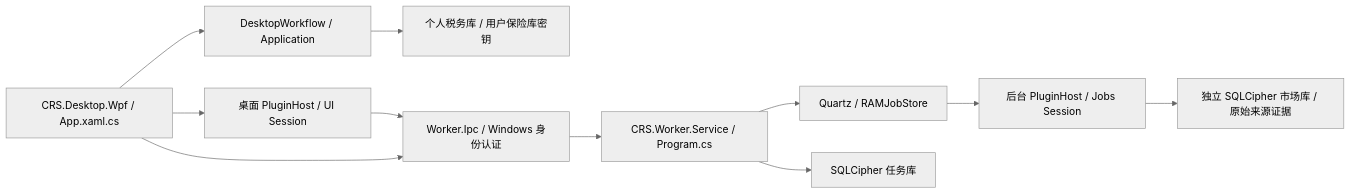
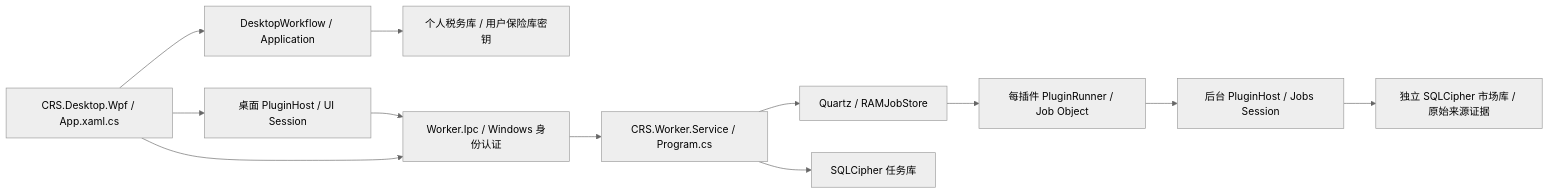
The diagram in docs/architecture/CURRENT_ARCHITECTURE.md (sword0880/CRSTool), drawn with Mermaid (neutral theme) before and after one commit. The commit also changed other lines of this file and 51 other files, not shown here.

````diff
--- a/docs/architecture/CURRENT_ARCHITECTURE.md
+++ b/docs/architecture/CURRENT_ARCHITECTURE.md
@@ -58,13 +60,14 @@
 ```mermaid
 flowchart LR
     UI[CRS.Desktop.Wpf / App.xaml.cs] --> Workflow[DesktopWorkflow / Application]
     Workflow --> Private[个人税务库 / 用户保险库密钥]
     UI --> Views[桌面 PluginHost / UI Session]
     Views --> IPC[Worker.Ipc / Windows 身份认证]
     UI --> IPC
     IPC --> Service[CRS.Worker.Service / Program.cs]
     Service --> Quartz[Quartz / RAMJobStore]
     Service --> Tasks[SQLCipher 任务库]
-    Quartz --> Jobs[后台 PluginHost / Jobs Session]
+    Quartz --> Runner[每插件 PluginRunner / Job Object]
+    Runner --> Jobs[后台 PluginHost / Jobs Session]
     Jobs --> Market[独立 SQLCipher 市场库 / 原始来源证据]
 ```
````
